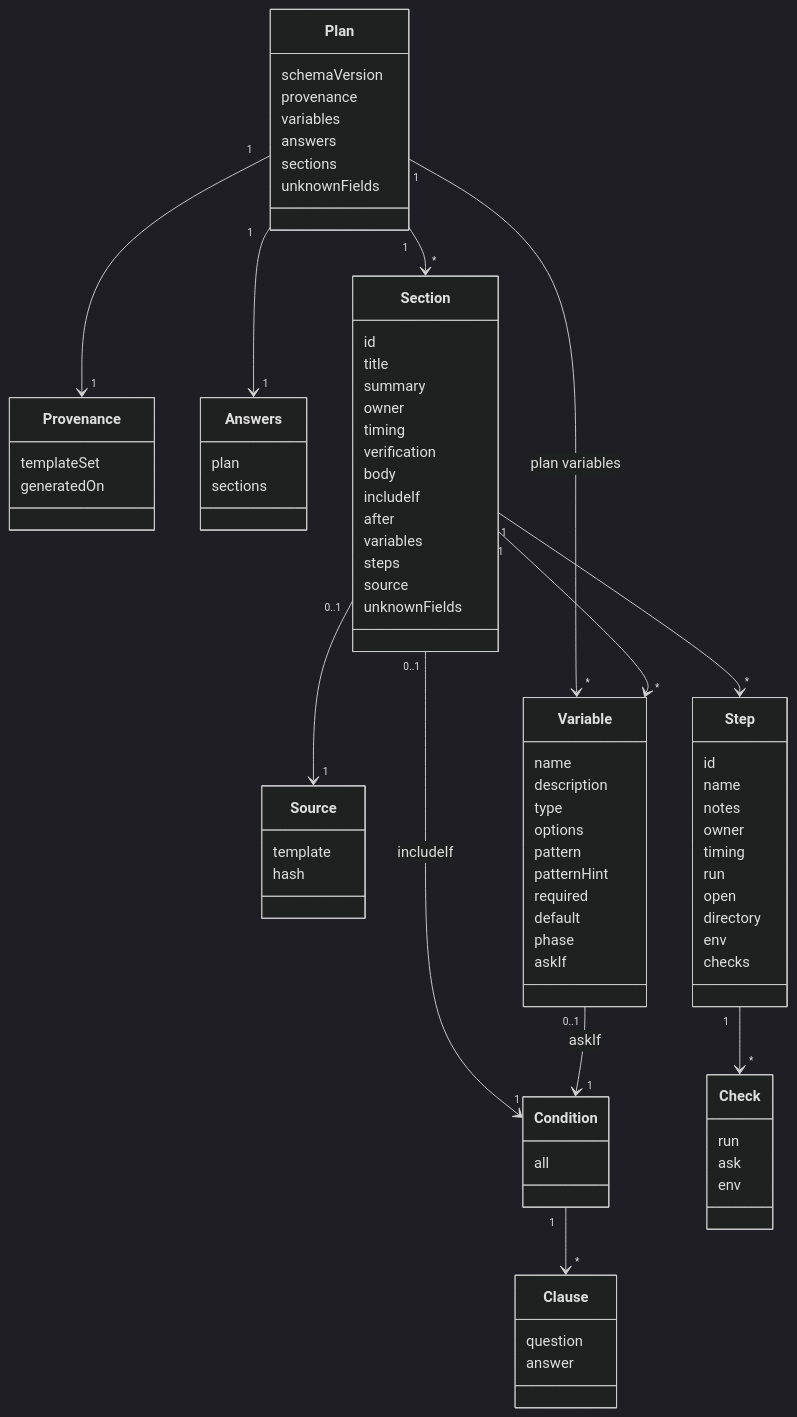
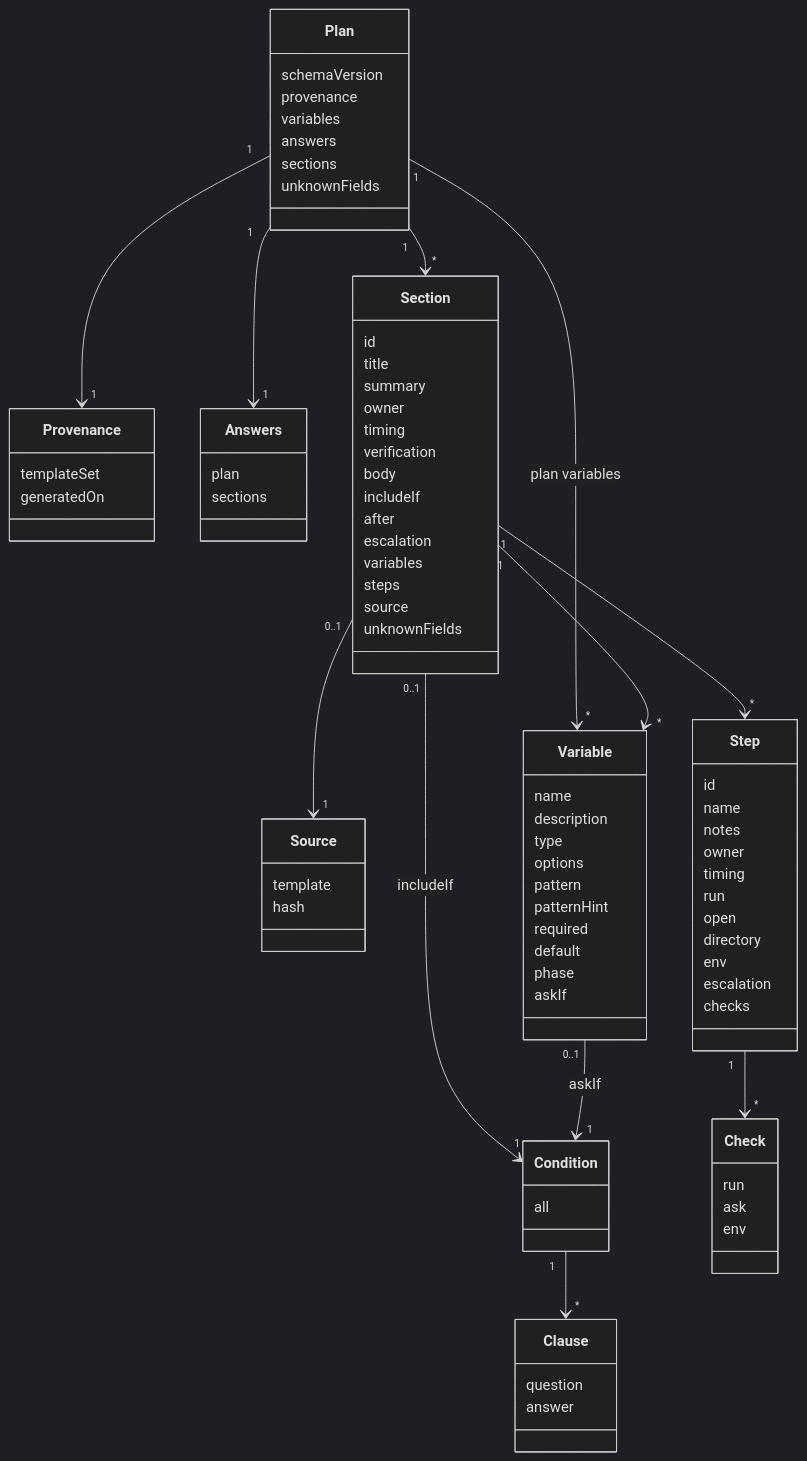
The diagram in docs/reference/domain-model.md (8thlight-daveloper/onboard-kit), drawn with Mermaid (dark theme) before and after one commit. The commit also changed other lines of this file and 17 other files, not shown here.

```diff
--- a/docs/reference/domain-model.md
+++ b/docs/reference/domain-model.md
@@ -44,6 +44,7 @@
         body
         includeIf
         after
+        escalation
         variables
         steps
         source
@@ -82,6 +83,7 @@
         open
         directory
         env
+        escalation
         checks
     }
     class Check {
```
